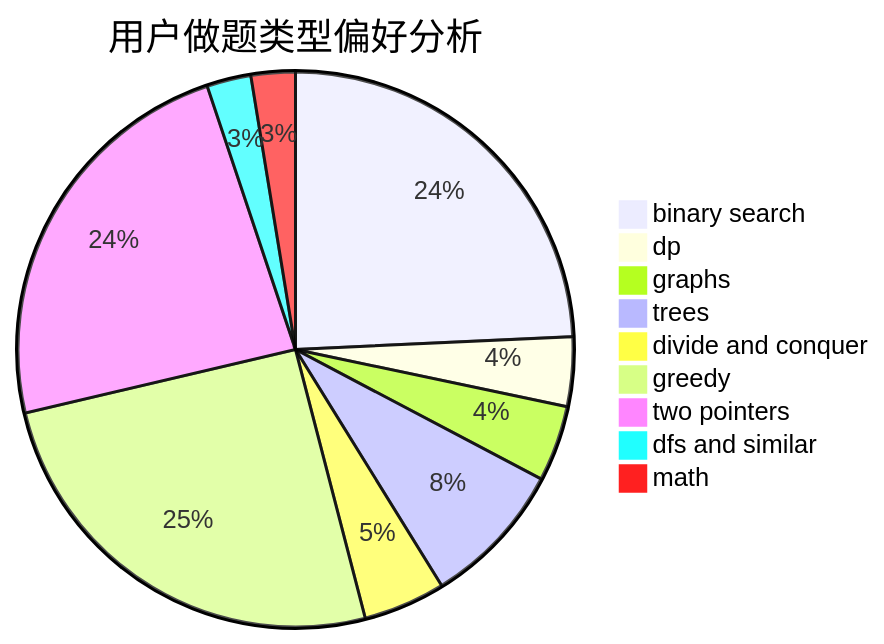
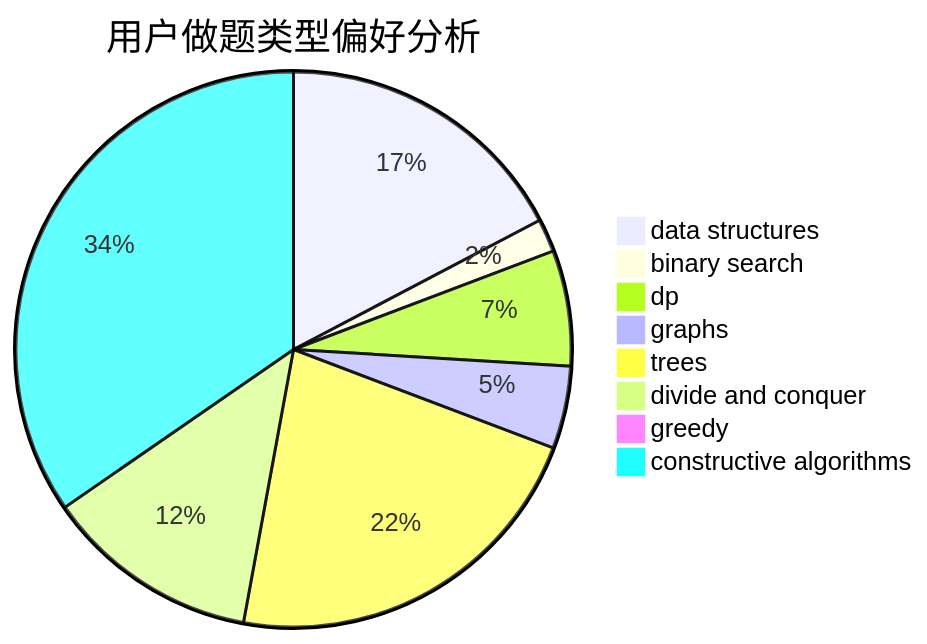
One commit to sherpahu/cfrs.github.io changed the second of 3 diagrams in docs/user/u2444.md. Above: the diagram before and after it, drawn with Mermaid. The commit also changed other lines of this file and 2775 other files, not shown here.

````diff
--- a/docs/user/u2444.md
+++ b/docs/user/u2444.md
@@ -23,12 +23,11 @@
 ```mermaid
 pie title 用户做题类型偏好分析
-    "binary search" :  66
-    "dp" :  11
-    "graphs" :  12
+    "data structures" :  18
+    "binary search" :  2
+    "dp" :  7
+    "graphs" :  5
     "trees" :  23
     "divide and conquer" :  13
-    "greedy" :  69
-    "two pointers" :  64
-    "dfs and similar" :  7
-    "math" :  7
+    "greedy" :  1
+    "constructive algorithms" :  36
 ```
````
